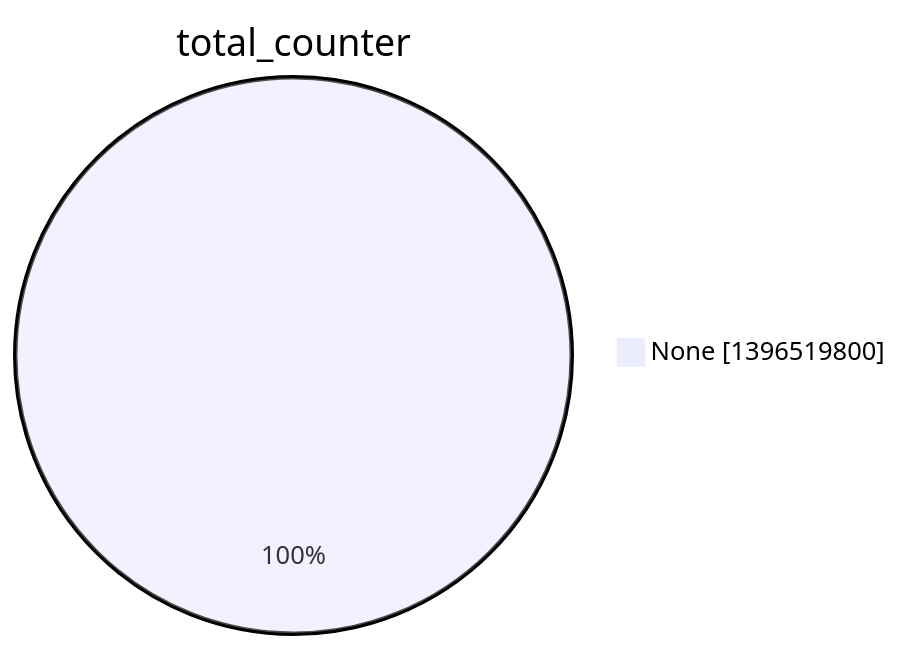
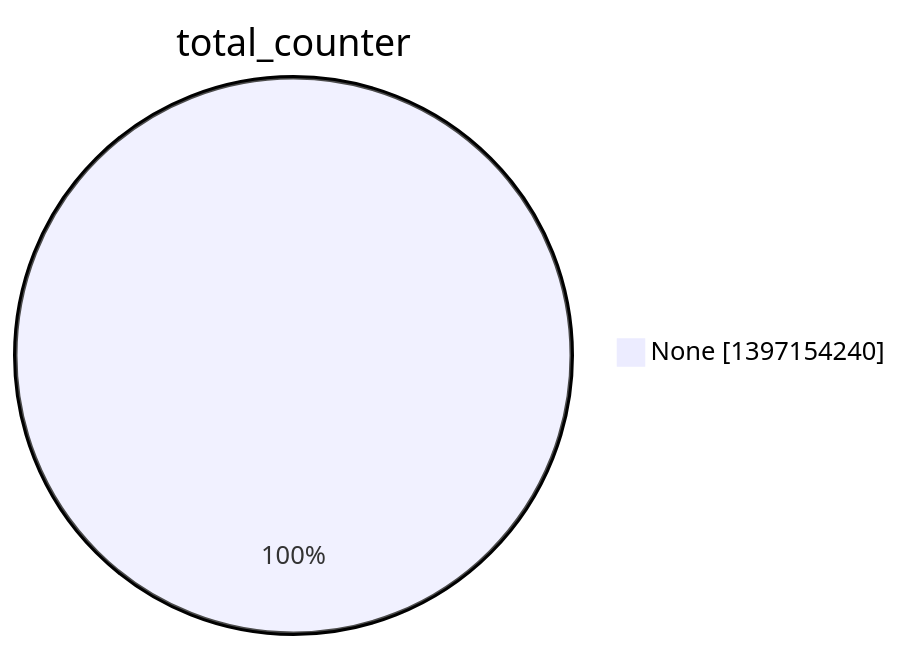
One commit to christiankrug/ctmonitor_visualization changed the second of 15 diagrams in argon2022/README.md. Above: the diagram before and after it, drawn with Mermaid. The commit also changed other lines of this file, not shown here.

````diff
--- a/argon2022/README.md
+++ b/argon2022/README.md
@@ -9,5 +9,5 @@
 ```mermaid
 pie showData
 title total_counter
-"None" :1396519800
+"None" :1397154240
 ```
````
